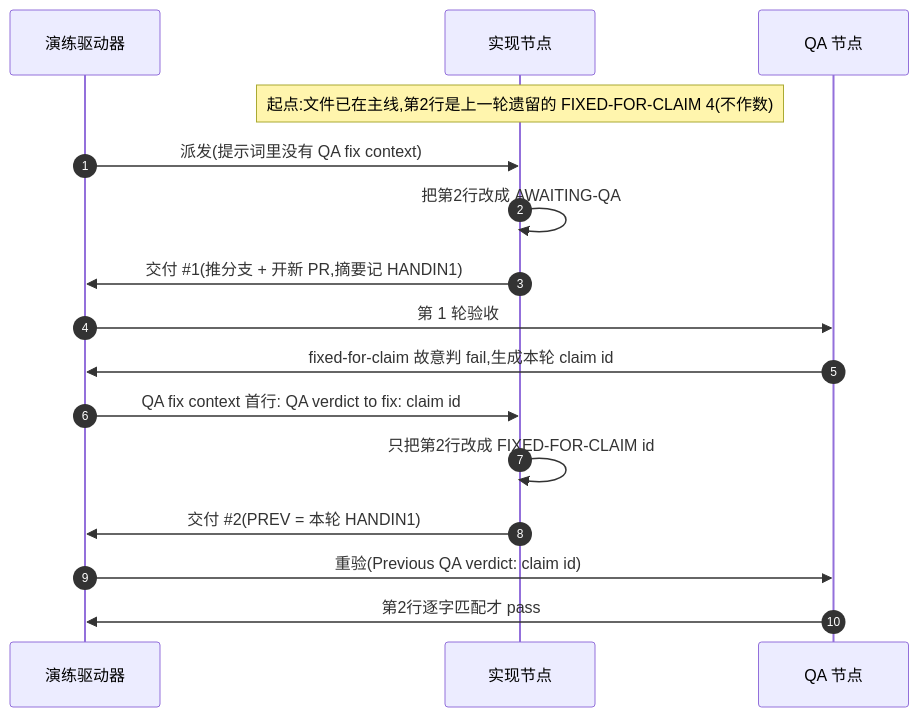
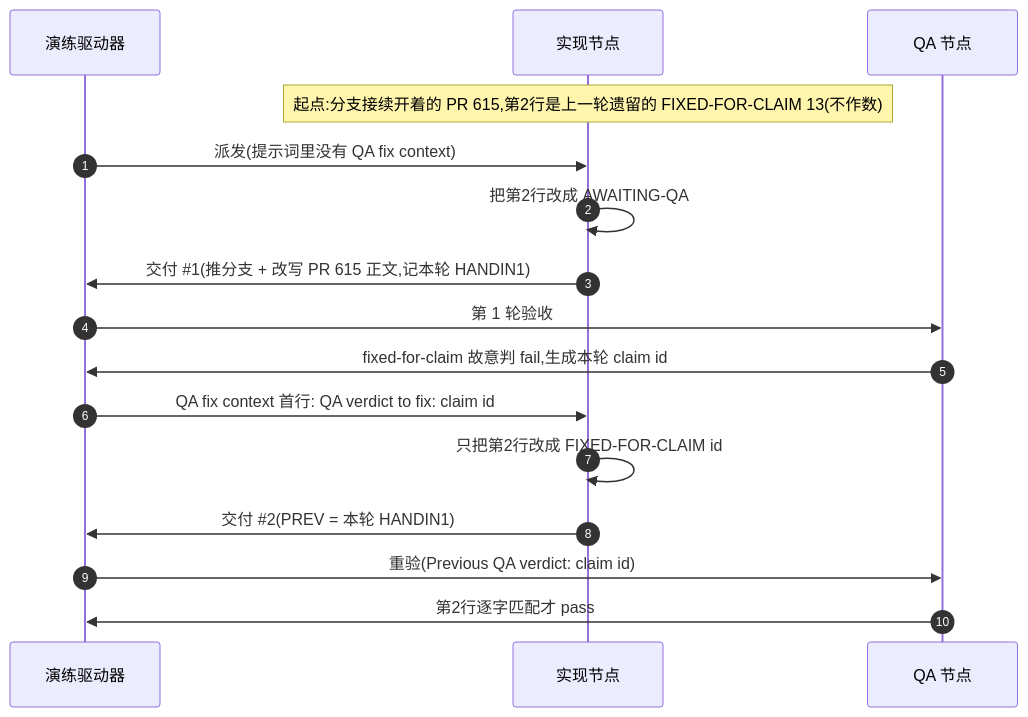
The diagram in engineering/doc/FLY-3228-real-runner-drill/d1-core-flow.mmd (xrliAnnie/flywheel-qa-sandbox), drawn with Mermaid before and after one commit. The commit also changed 4 other files, not shown here.

```diff
--- a/engineering/doc/FLY-3228-real-runner-drill/d1-core-flow.mmd
+++ b/engineering/doc/FLY-3228-real-runner-drill/d1-core-flow.mmd
@@ -1,16 +1,16 @@
 sequenceDiagram
     autonumber
     participant D as 演练驱动器
     participant I as 实现节点
     participant Q as QA 节点
-    Note over I: 起点:文件已在主线,第2行是上一轮遗留的 FIXED-FOR-CLAIM 4(不作数)
+    Note over I: 起点:分支接续开着的 PR 615,第2行是上一轮遗留的 FIXED-FOR-CLAIM 13(不作数)
     D->>I: 派发(提示词里没有 QA fix context)
     I->>I: 把第2行改成 AWAITING-QA
-    I->>D: 交付 #35;1(推分支 + 开新 PR,摘要记 HANDIN1)
+    I->>D: 交付 #35;1(推分支 + 改写 PR 615 正文,记本轮 HANDIN1)
     D->>Q: 第 1 轮验收
     Q->>D: fixed-for-claim 故意判 fail,生成本轮 claim id
     D->>I: QA fix context 首行: QA verdict to fix: claim id
     I->>I: 只把第2行改成 FIXED-FOR-CLAIM id
     I->>D: 交付 #35;2(PREV = 本轮 HANDIN1)
     D->>Q: 重验(Previous QA verdict: claim id)
     Q->>D: 第2行逐字匹配才 pass
```
